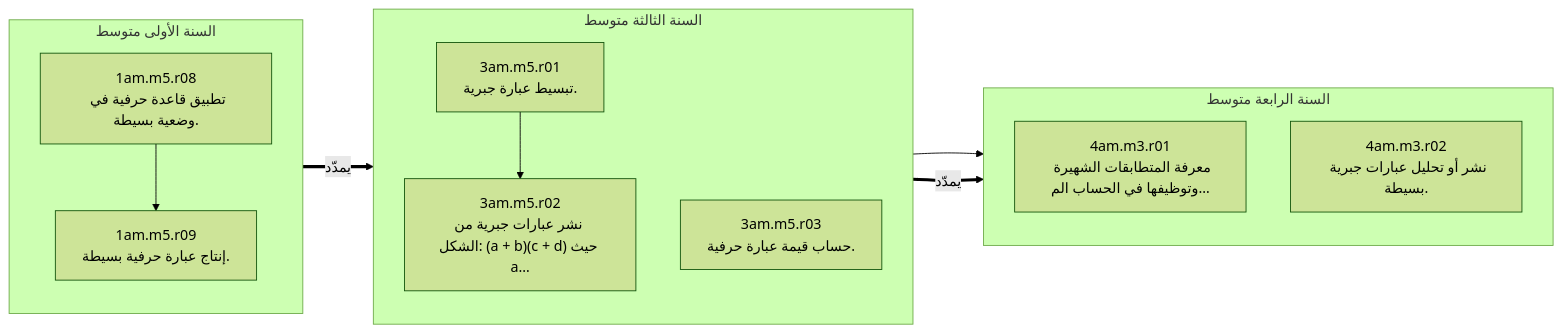
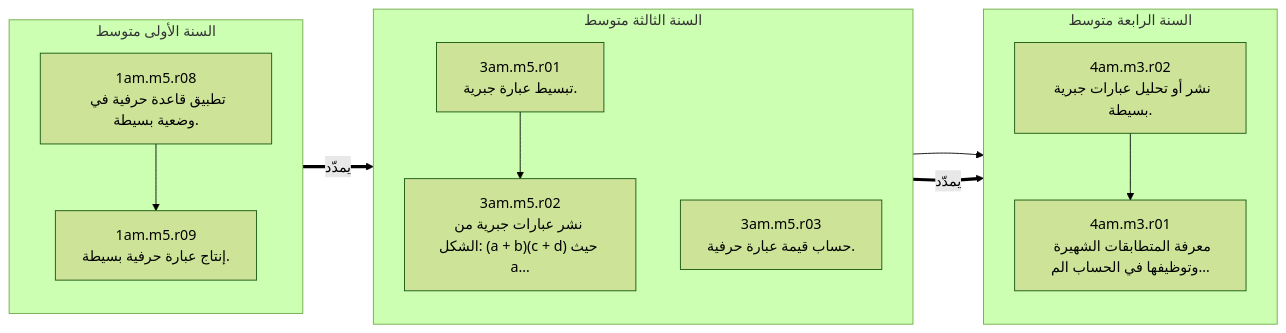
Before and after one commit to Abdennour-bouhounali/smarter-academy-dz: the sixth of 17 diagrams in docs/curriculum/LEARNING_NET_MAP.md, drawn with Mermaid (forest theme). The commit also changed other lines of this file and 8 other files, not shown here.

````diff
--- a/docs/curriculum/LEARNING_NET_MAP.md
+++ b/docs/curriculum/LEARNING_NET_MAP.md
@@ -225,24 +225,25 @@
 ```mermaid
 flowchart LR
   subgraph g_1am["السنة الأولى متوسط"]
     direction TB
     n_1am_m5_r08["1am.m5.r08<br/>تطبيق قاعدة حرفية في وضعية بسيطة."]
     n_1am_m5_r09["1am.m5.r09<br/>إنتاج عبارة حرفية بسيطة."]
   end
   subgraph g_3am["السنة الثالثة متوسط"]
     direction TB
     n_3am_m5_r01["3am.m5.r01<br/>تبسيط عبارة جبرية."]
     n_3am_m5_r02["3am.m5.r02<br/>نشر عبارات جبرية من الشكل: (a + b)(c + d) حيث a…"]
     n_3am_m5_r03["3am.m5.r03<br/>حساب قيمة عبارة حرفية."]
   end
   subgraph g_4am["السنة الرابعة متوسط"]
     direction TB
     n_4am_m3_r01["4am.m3.r01<br/>معرفة المتطابقات الشهيرة وتوظيفها في الحساب الم…"]
     n_4am_m3_r02["4am.m3.r02<br/>نشر أو تحليل عبارات جبرية بسيطة."]
   end
   n_1am_m5_r08 --> n_1am_m5_r09
   n_3am_m5_r01 --> n_3am_m5_r02
   n_1am_m5_r08 ==>|يمدّد| n_3am_m5_r03
   n_3am_m5_r02 --> n_4am_m3_r01
   n_3am_m5_r02 ==>|يمدّد| n_4am_m3_r02
+  n_4am_m3_r02 --> n_4am_m3_r01
 ```
````
